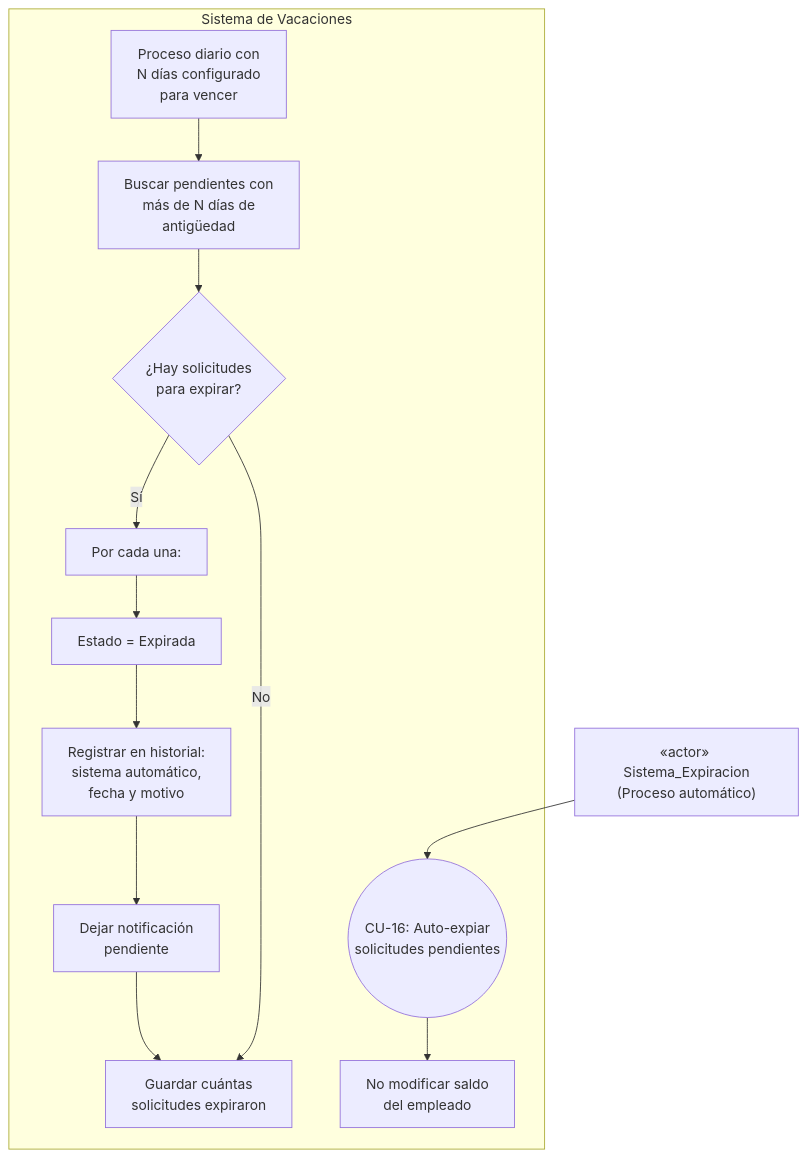
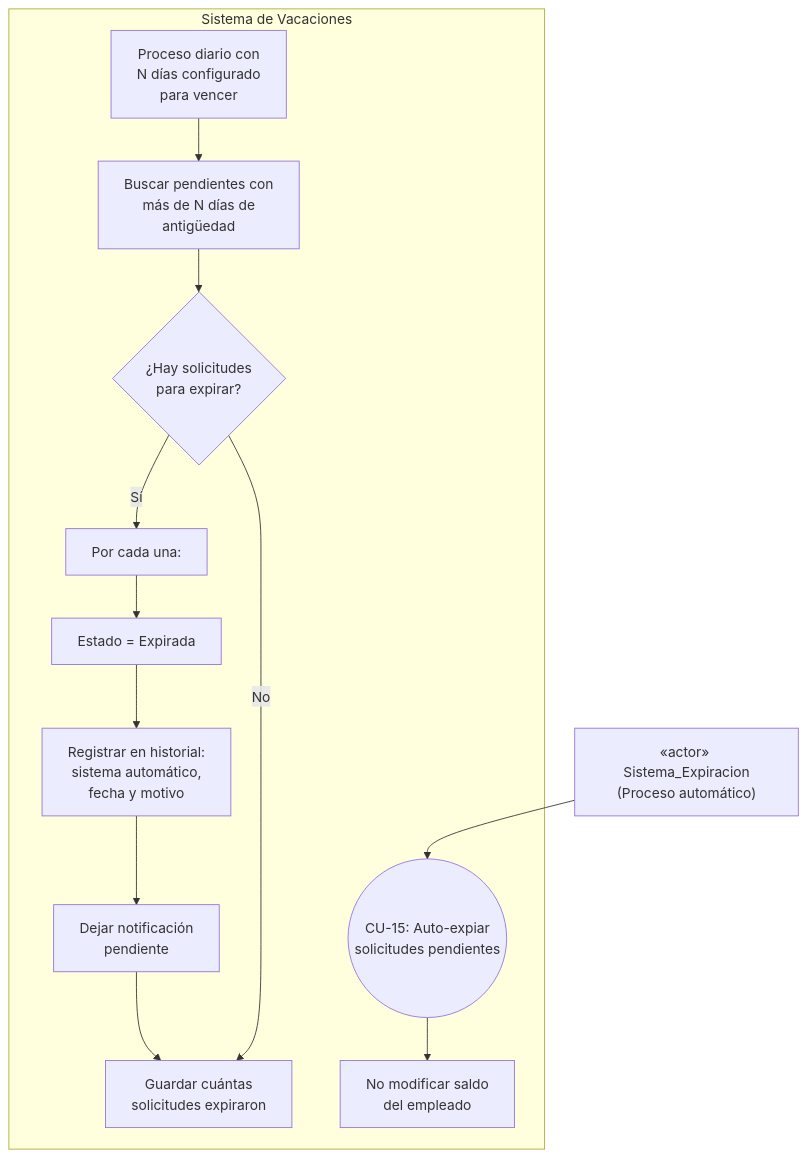
One commit to Oscar26-zs/Solicitud_de_Vacaciones changed diagram 15 of 19 in docs/use-case-diagrams.md. Above: the diagram before and after it, drawn with Mermaid. The commit also changed other lines of this file and 1 other file, not shown here.

````diff
--- a/docs/use-case-diagrams.md
+++ b/docs/use-case-diagrams.md
@@ -423,21 +402,21 @@
 ```mermaid
 graph TB
     subgraph S["Sistema de Vacaciones"]
-        CU16(("CU-16: Auto-expiar<br/>solicitudes pendientes"))
+        CU15(("CU-15: Auto-expiar<br/>solicitudes pendientes"))
         J1[Proceso diario con<br/>N días configurado<br/>para vencer]
         J2[Buscar pendientes con<br/>más de N días de<br/>antigüedad]
         J3{¿Hay solicitudes<br/>para expirar?}
         J4[Por cada una:]
         J5[Estado = Expirada]
         J6[Registrar en historial:<br/>sistema automático,<br/>fecha y motivo]
         J7[Dejar notificación<br/>pendiente]
         J8[Guardar cuántas<br/>solicitudes expiraron]
         J9[No modificar saldo<br/>del empleado]
 
         J1 --> J2 --> J3
         J3 -->|Sí| J4 --> J5 --> J6 --> J7 --> J8
         J3 -->|No| J8
-        CU16 --> J9
+        CU15 --> J9
     end
-    SE["«actor» Sistema_Expiracion<br/>(Proceso automático)"] --> CU16
+    SE["«actor» Sistema_Expiracion<br/>(Proceso automático)"] --> CU15
 ```
````
